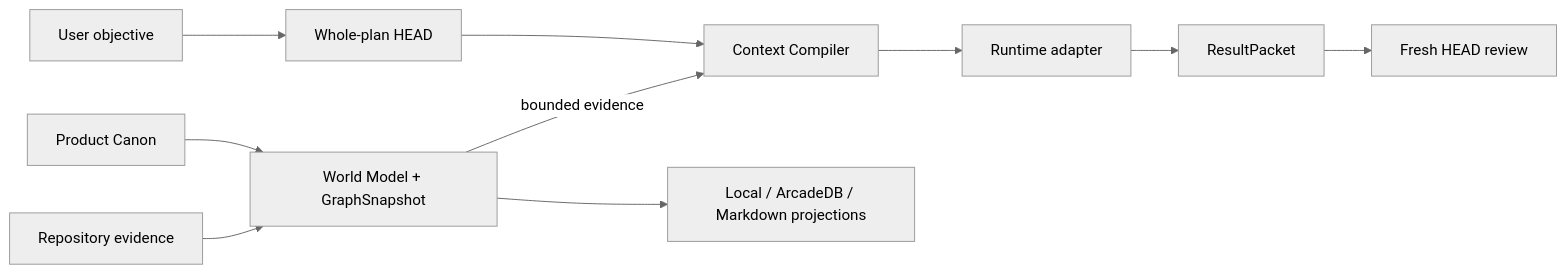
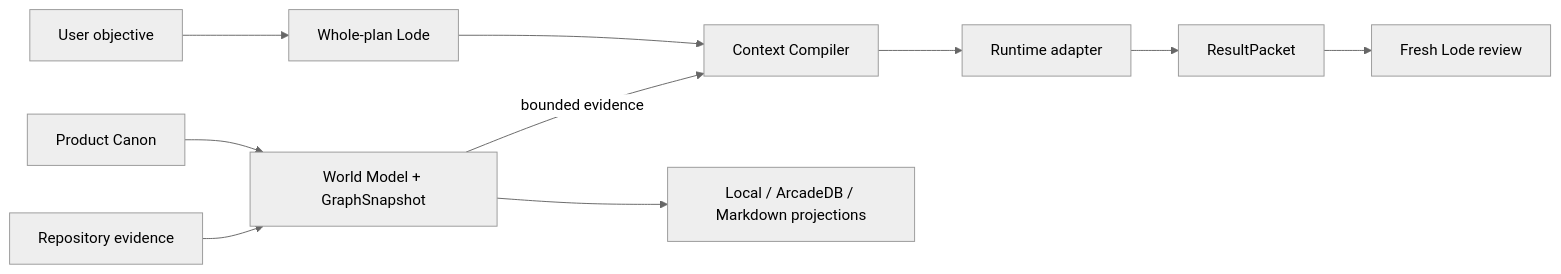
The first of 2 diagrams in README.md (binary1215/head-agent-plugin), drawn with Mermaid (neutral theme) before and after one commit. The commit also changed other lines of this file and 426 other files, not shown here.

Commit message:
feat: release Lode beta.45 with compatible HEAD carriers

````diff
--- a/README.md
+++ b/README.md
@@ -576,12 +594,12 @@
 ```mermaid
 flowchart LR
-    U[User objective] --> H[Whole-plan HEAD]
+    U[User objective] --> H[Whole-plan Lode]
     PC[Product Canon] --> WM[World Model + GraphSnapshot]
     RE[Repository evidence] --> WM
     H --> CC[Context Compiler]
     WM -->|bounded evidence| CC
     CC --> RA[Runtime adapter]
     RA --> RP[ResultPacket]
-    RP --> FR[Fresh HEAD review]
+    RP --> FR[Fresh Lode review]
     WM --> PX[Local / ArcadeDB / Markdown projections]
 ```
````
